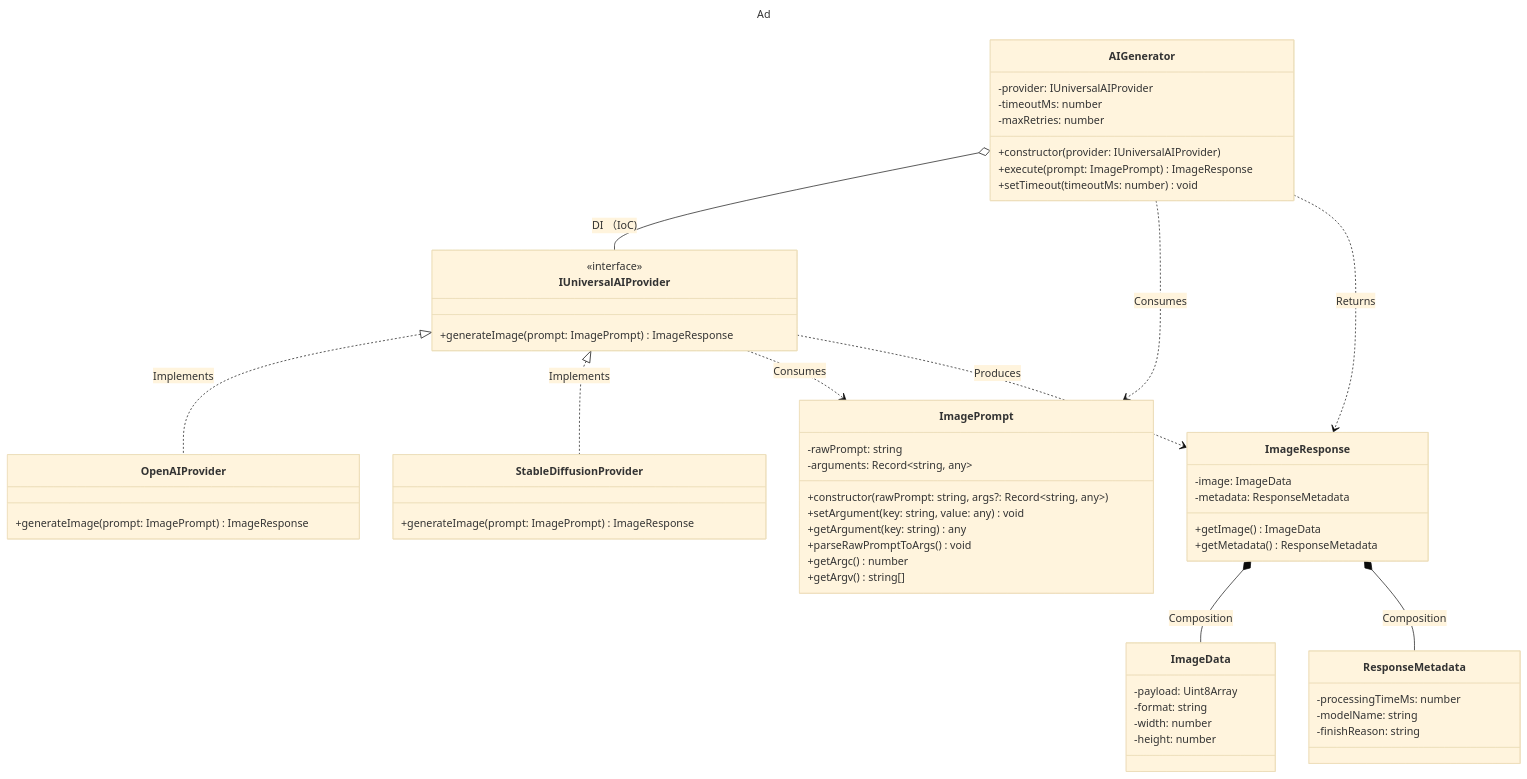
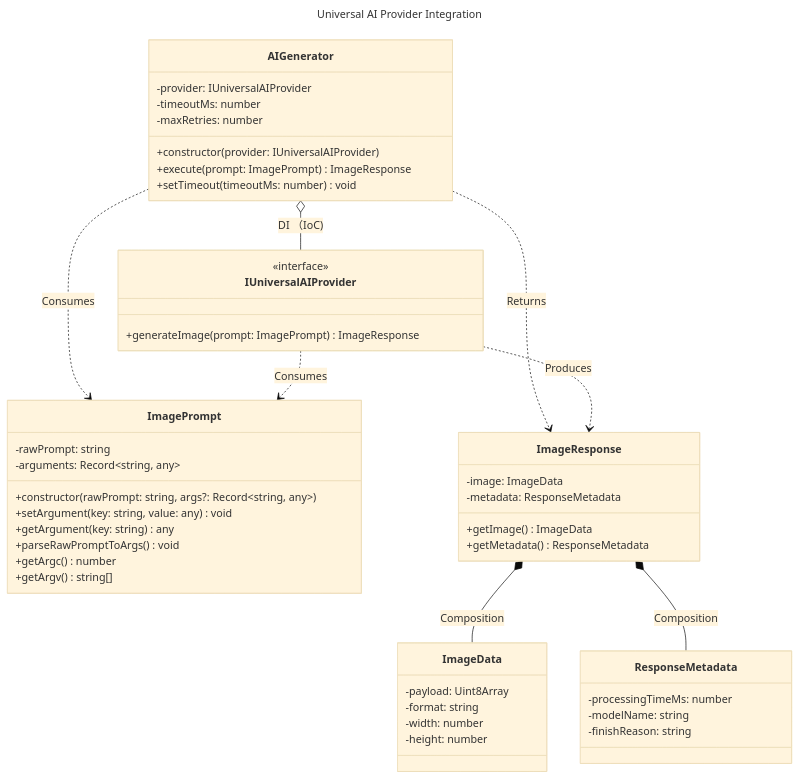
Before and after one commit to cse110-sp26-group20/cse110-sp26-group20: the first of 2 diagrams in doc/universal_AI_provider_design.md, drawn with Mermaid (base theme).

Commit message:
Separate the diagram of implementation and architecture design to enhance clarity.

````diff
--- a/doc/universal_AI_provider_design.md
+++ b/doc/universal_AI_provider_design.md
@@ -13,72 +13,60 @@
 ``` mermaid
 ---
-title: Ad
+title: Universal AI Provider Integration
 ---
 classDiagram
     class IUniversalAIProvider {
         <<interface>>
         +generateImage(prompt: ImagePrompt) ImageResponse
     }
-
-    class OpenAIProvider {
-        +generateImage(prompt: ImagePrompt) ImageResponse
-    }
-    
-    class StableDiffusionProvider {
-        +generateImage(prompt: ImagePrompt) ImageResponse
-    }
-
     class AIGenerator {
         -provider: IUniversalAIProvider
         -timeoutMs: number
         -maxRetries: number
         +constructor(provider: IUniversalAIProvider)
         +execute(prompt: ImagePrompt) ImageResponse
         +setTimeout(timeoutMs: number) void
     }
 
     class ImagePrompt {
         -rawPrompt: string
         -arguments: Record~string, any~
         +constructor(rawPrompt: string, args?: Record~string, any~)
         +setArgument(key: string, value: any) void
         +getArgument(key: string) any
         +parseRawPromptToArgs() void
         +getArgc() number
         +getArgv() string[]
     }
 
     class ImageResponse {
         -image: ImageData
         -metadata: ResponseMetadata
         +getImage() ImageData
         +getMetadata() ResponseMetadata
     }
 
     class ImageData {
         -payload: Uint8Array
         -format: string
         -width: number
         -height: number
     }
 
     class ResponseMetadata {
         -processingTimeMs: number
         -modelName: string
         -finishReason: string
     }
-
-    IUniversalAIProvider <|.. OpenAIProvider : Implements
-    IUniversalAIProvider <|.. StableDiffusionProvider : Implements
     
     AIGenerator o-- IUniversalAIProvider : DI （IoC)
     
     AIGenerator ..> ImagePrompt : Consumes
     AIGenerator ..> ImageResponse : Returns
     
     IUniversalAIProvider ..> ImagePrompt : Consumes
     IUniversalAIProvider ..> ImageResponse : Produces
     
     ImageResponse *-- ImageData : Composition
     ImageResponse *-- ResponseMetadata : Composition
 ```
````
